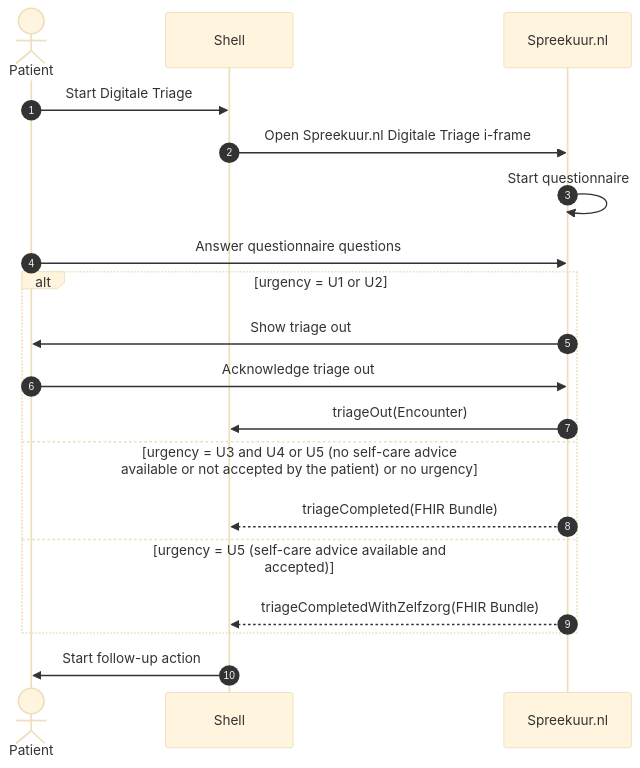
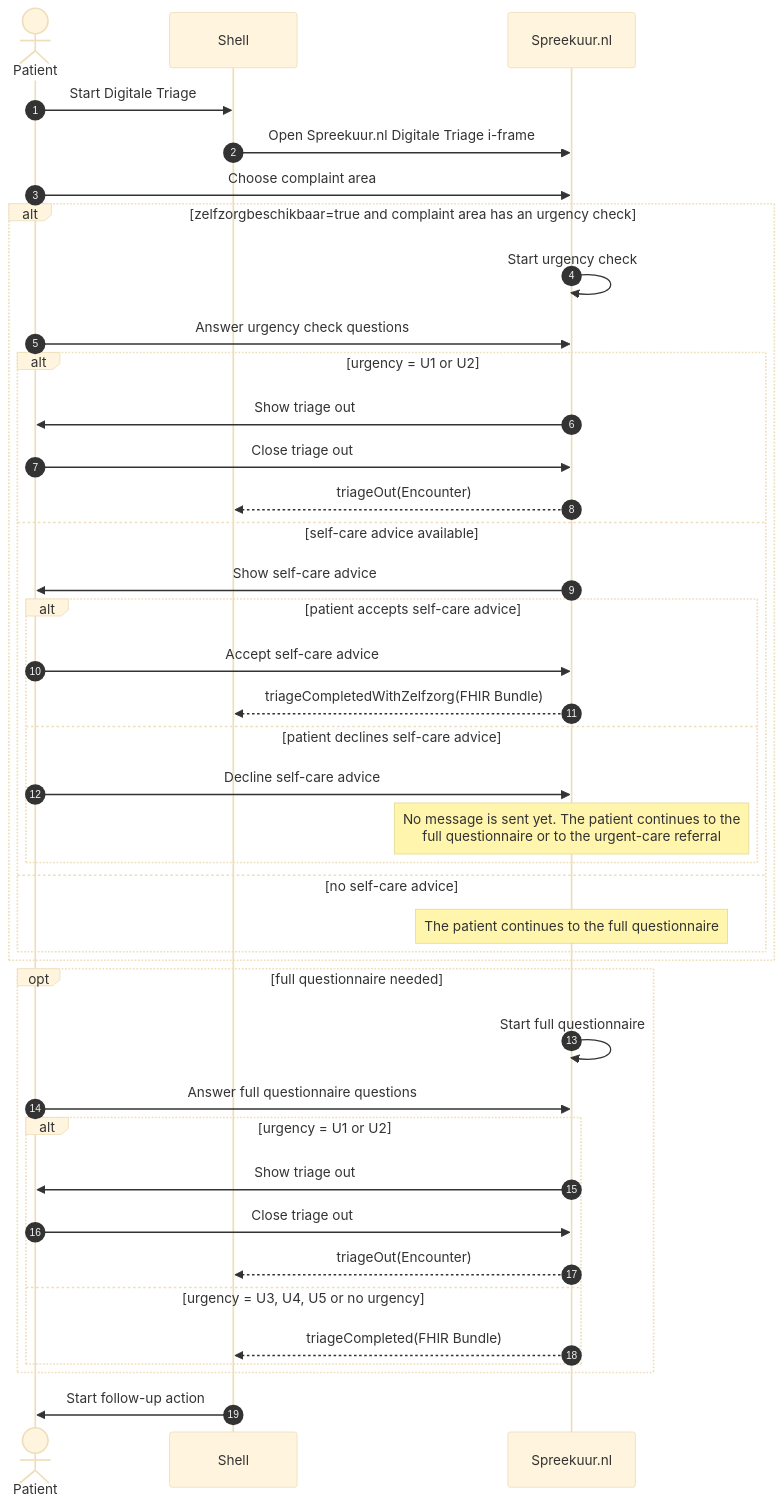
The diagram in docs/features/digitale-triage/digitale-triage.md (topicushealthcare/spreekuur-docs), drawn with Mermaid (base theme) before and after one commit. The commit also changed other lines of this file, not shown here.

Commit message:
SCON-10314 Digitale triage docs bijwerken naar huidige iframe-flow

````diff
--- a/docs/features/digitale-triage/digitale-triage.md
+++ b/docs/features/digitale-triage/digitale-triage.md
@@ -16,22 +16,43 @@
 ```mermaid
 sequenceDiagram
     autonumber
     actor P as Patient
     participant shell as Shell
     participant SU as Spreekuur.nl
 
     P->>shell: Start Digitale Triage
     shell->>SU: Open Spreekuur.nl Digitale Triage i-frame
-    SU->>SU: Start questionnaire
-    P->>SU: Answer questionnaire questions
-    alt urgency = U1 or U2
-        SU->>P: Show triage out
-        P->>SU: Acknowledge triage out
-        SU->>shell: triageOut(Encounter)
-    else urgency = U3 and U4 or U5 (no self-care advice available or not accepted by the patient) or no urgency
-        SU-->>shell: triageCompleted(FHIR Bundle)
-    else urgency = U5 (self-care advice available and accepted)
-        SU-->>shell: triageCompletedWithZelfzorg(FHIR Bundle)    
+    P->>SU: Choose complaint area
+    alt zelfzorgbeschikbaar=true and complaint area has an urgency check
+        SU->>SU: Start urgency check
+        P->>SU: Answer urgency check questions
+        alt urgency = U1 or U2
+            SU->>P: Show triage out
+            P->>SU: Close triage out
+            SU-->>shell: triageOut(Encounter)
+        else self-care advice available
+            SU->>P: Show self-care advice
+            alt patient accepts self-care advice
+                P->>SU: Accept self-care advice
+                SU-->>shell: triageCompletedWithZelfzorg(FHIR Bundle)
+            else patient declines self-care advice
+                P->>SU: Decline self-care advice
+                Note over SU: No message is sent yet. The patient continues to the<br/>full questionnaire or to the urgent-care referral
+            end
+        else no self-care advice
+            Note over SU: The patient continues to the full questionnaire
+        end
+    end
+    opt full questionnaire needed
+        SU->>SU: Start full questionnaire
+        P->>SU: Answer full questionnaire questions
+        alt urgency = U1 or U2
+            SU->>P: Show triage out
+            P->>SU: Close triage out
+            SU-->>shell: triageOut(Encounter)
+        else urgency = U3, U4, U5 or no urgency
+            SU-->>shell: triageCompleted(FHIR Bundle)
+        end
     end
     shell->>P: Start follow-up action
 ```
````
